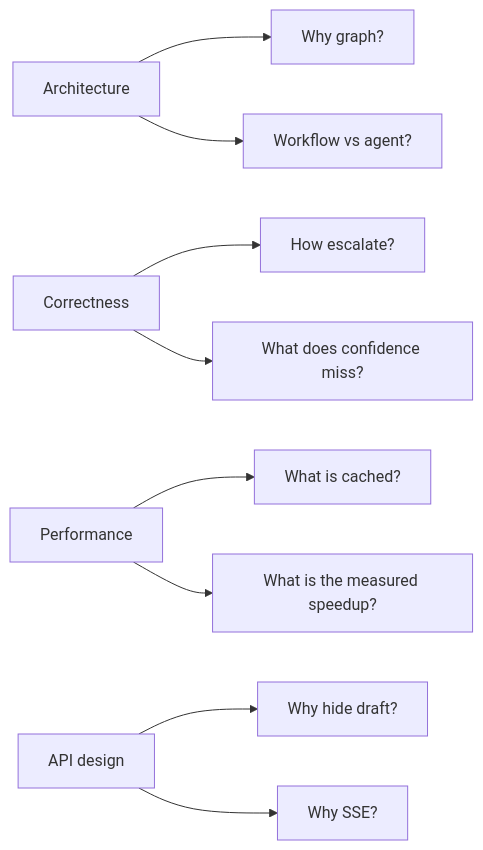
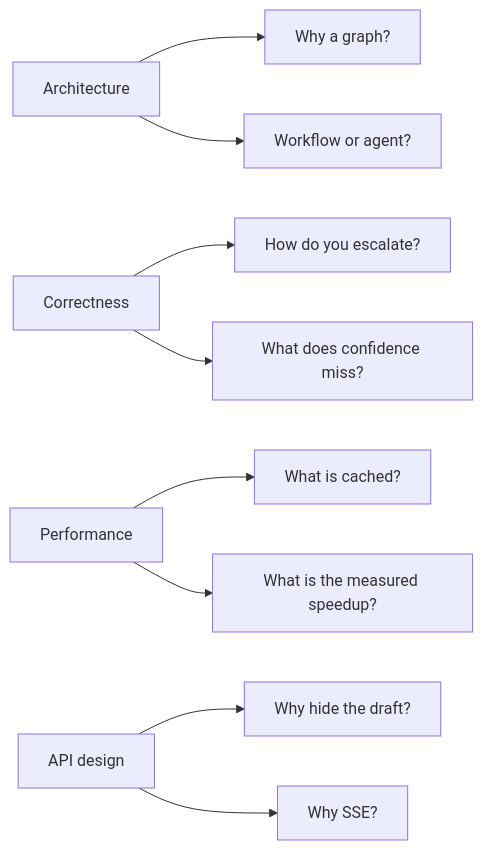
Before and after one commit to Aman-srivastav24/ai-support-triage: diagram 18 of 18 in docs/DAY_04_LEARNINGS.md, drawn with Mermaid. The commit also changed other lines of this file, not shown here.

````diff
--- a/docs/DAY_04_LEARNINGS.md
+++ b/docs/DAY_04_LEARNINGS.md
@@ -1223,11 +1196,11 @@
 ```mermaid
 flowchart LR
-    A[Architecture] --> B[Why graph?]
-    A --> C[Workflow vs agent?]
-    D[Correctness] --> E[How escalate?]
-    D --> F[What does confidence miss?]
-    G[Performance] --> H[What is cached?]
-    G --> I[What is the measured speedup?]
-    J[API design] --> K[Why hide draft?]
-    J --> L[Why SSE?]
+    A["Architecture"] --> B["Why a graph?"]
+    A --> C["Workflow or agent?"]
+    D["Correctness"] --> E["How do you escalate?"]
+    D --> F["What does confidence miss?"]
+    G["Performance"] --> H["What is cached?"]
+    G --> I["What is the measured speedup?"]
+    J["API design"] --> K["Why hide the draft?"]
+    J --> L["Why SSE?"]
 ```
````
